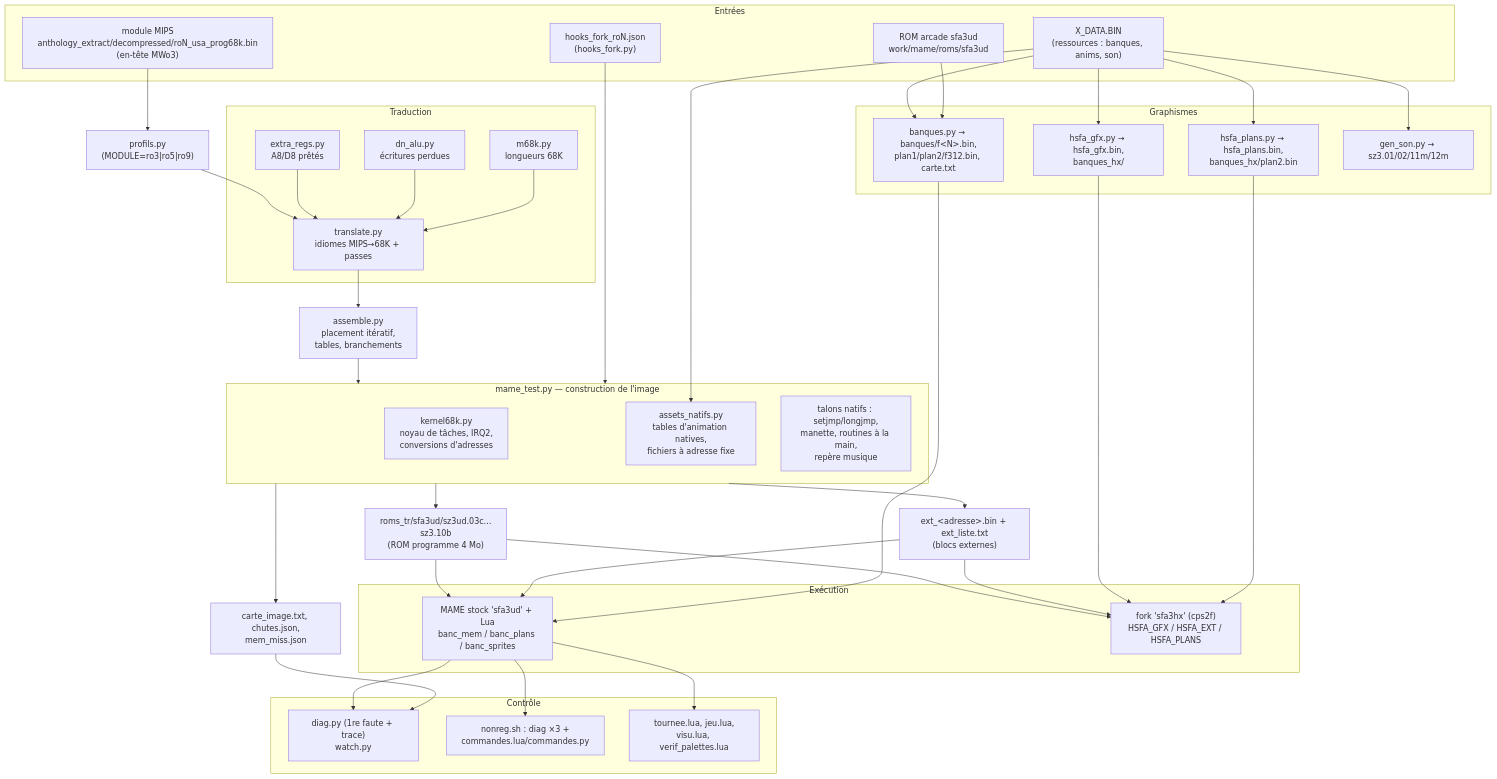
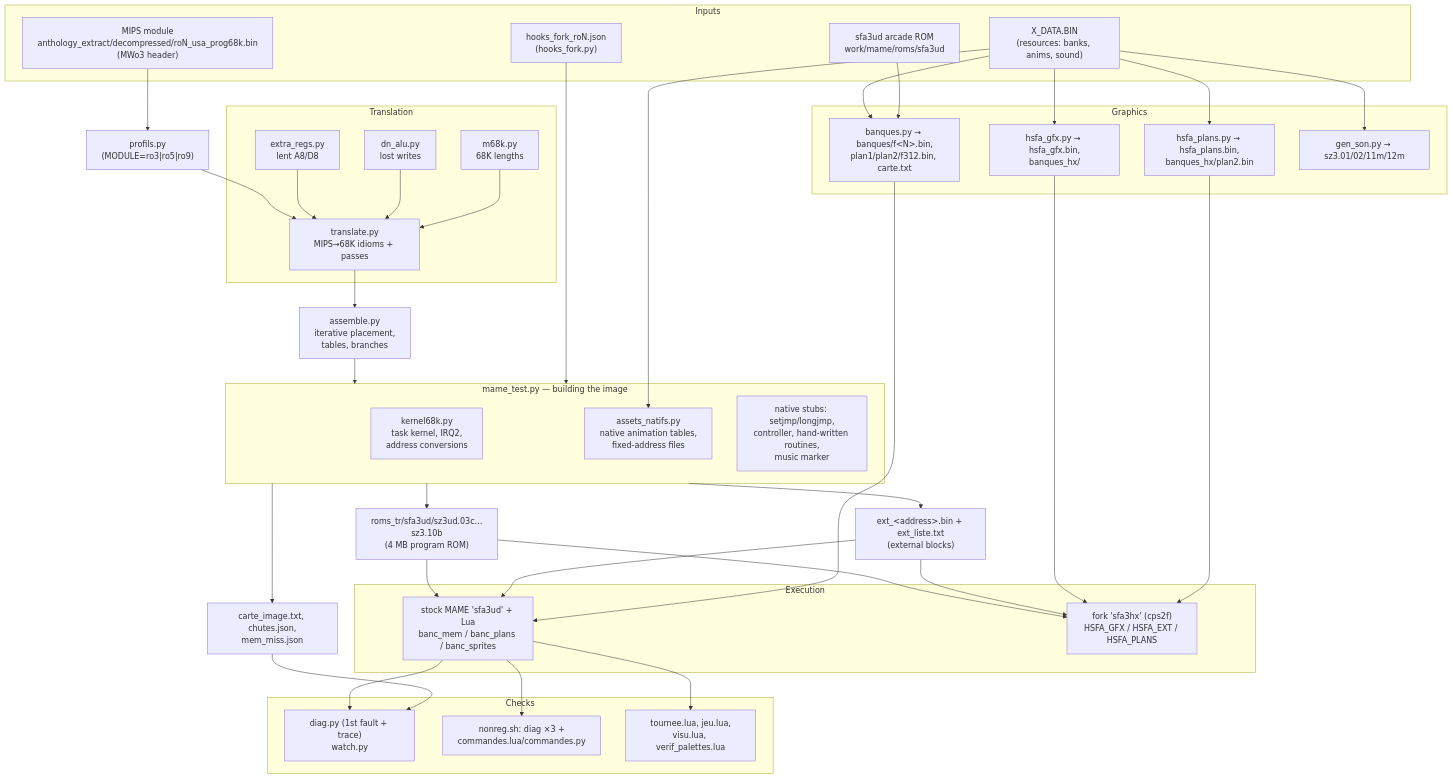
Before and after one commit to Rickow/HSFA: the diagram in docs/architecture/OUTILS.md, drawn with Mermaid. The commit also changed other lines of this file and 448 other files, not shown here.

````diff
--- a/docs/architecture/OUTILS.md
+++ b/docs/architecture/OUTILS.md
@@ -44,54 +46,54 @@
 ```mermaid
 flowchart TD
-  subgraph Entrées
-    MOD["module MIPS<br/>anthology_extract/decompressed/roN_usa_prog68k.bin<br/>(en-tête MWo3)"]
-    XD["X_DATA.BIN<br/>(ressources : banques, anims, son)"]
-    ROMA["ROM arcade sfa3ud<br/>work/mame/roms/sfa3ud"]
+  subgraph Inputs
+    MOD["MIPS module<br/>anthology_extract/decompressed/roN_usa_prog68k.bin<br/>(MWo3 header)"]
+    XD["X_DATA.BIN<br/>(resources: banks, anims, sound)"]
+    ROMA["sfa3ud arcade ROM<br/>work/mame/roms/sfa3ud"]
     HK["hooks_fork_roN.json<br/>(hooks_fork.py)"]
   end
   PR["profils.py<br/>(MODULE=ro3|ro5|ro9)"]
-  subgraph Traduction
-    TR["translate.py<br/>idiomes MIPS→68K + passes"]
-    XR["extra_regs.py<br/>A8/D8 prêtés"]
-    DN["dn_alu.py<br/>écritures perdues"]
-    M68["m68k.py<br/>longueurs 68K"]
+  subgraph Translation
+    TR["translate.py<br/>MIPS→68K idioms + passes"]
+    XR["extra_regs.py<br/>lent A8/D8"]
+    DN["dn_alu.py<br/>lost writes"]
+    M68["m68k.py<br/>68K lengths"]
   end
-  AS["assemble.py<br/>placement itératif,<br/>tables, branchements"]
-  subgraph Image["mame_test.py — construction de l'image"]
-    K["kernel68k.py<br/>noyau de tâches, IRQ2,<br/>conversions d'adresses"]
-    AN["assets_natifs.py<br/>tables d'animation natives,<br/>fichiers à adresse fixe"]
-    TAL["talons natifs : setjmp/longjmp,<br/>manette, routines à la main,<br/>repère musique"]
+  AS["assemble.py<br/>iterative placement,<br/>tables, branches"]
+  subgraph Image["mame_test.py — building the image"]
+    K["kernel68k.py<br/>task kernel, IRQ2,<br/>address conversions"]
+    AN["assets_natifs.py<br/>native animation tables,<br/>fixed-address files"]
+    TAL["native stubs: setjmp/longjmp,<br/>controller, hand-written routines,<br/>music marker"]
   end
-  OUT1["roms_tr/sfa3ud/sz3ud.03c…sz3.10b<br/>(ROM programme 4 Mo)"]
-  OUT2["ext_&lt;adresse&gt;.bin + ext_liste.txt<br/>(blocs externes)"]
+  OUT1["roms_tr/sfa3ud/sz3ud.03c…sz3.10b<br/>(4 MB program ROM)"]
+  OUT2["ext_&lt;address&gt;.bin + ext_liste.txt<br/>(external blocks)"]
   OUT3["carte_image.txt, chutes.json,<br/>mem_miss.json"]
-  subgraph Graphismes
+  subgraph Graphics
     BQ["banques.py → banques/f&lt;N&gt;.bin,<br/>plan1/plan2/f312.bin, carte.txt"]
     HG["hsfa_gfx.py → hsfa_gfx.bin,<br/>banques_hx/"]
     HP["hsfa_plans.py → hsfa_plans.bin,<br/>banques_hx/plan2.bin"]
     GS["gen_son.py → sz3.01/02/11m/12m"]
   end
-  subgraph Exécution
-    BANC["MAME stock 'sfa3ud' + Lua<br/>banc_mem / banc_plans / banc_sprites"]
+  subgraph Execution
+    BANC["stock MAME 'sfa3ud' + Lua<br/>banc_mem / banc_plans / banc_sprites"]
     FORK["fork 'sfa3hx' (cps2f)<br/>HSFA_GFX / HSFA_EXT / HSFA_PLANS"]
   end
-  subgraph Contrôle
-    DG["diag.py (1re faute + trace)<br/>watch.py"]
-    NR["nonreg.sh : diag ×3 +<br/>commandes.lua/commandes.py"]
+  subgraph Checks
+    DG["diag.py (1st fault + trace)<br/>watch.py"]
+    NR["nonreg.sh: diag ×3 +<br/>commandes.lua/commandes.py"]
     TOUR["tournee.lua, jeu.lua,<br/>visu.lua, verif_palettes.lua"]
   end
   MOD --> PR --> TR
   XR --> TR
   DN --> TR
   M68 --> TR
   TR --> AS --> Image
   HK --> Image
   XD --> AN
   Image --> OUT1 & OUT2 & OUT3
   XD --> BQ & HG & HP & GS
   ROMA --> BQ
   OUT1 & OUT2 & BQ --> BANC
   OUT1 & OUT2 & HG & HP --> FORK
   BANC --> DG & NR & TOUR
   OUT3 --> DG
 ```
````
